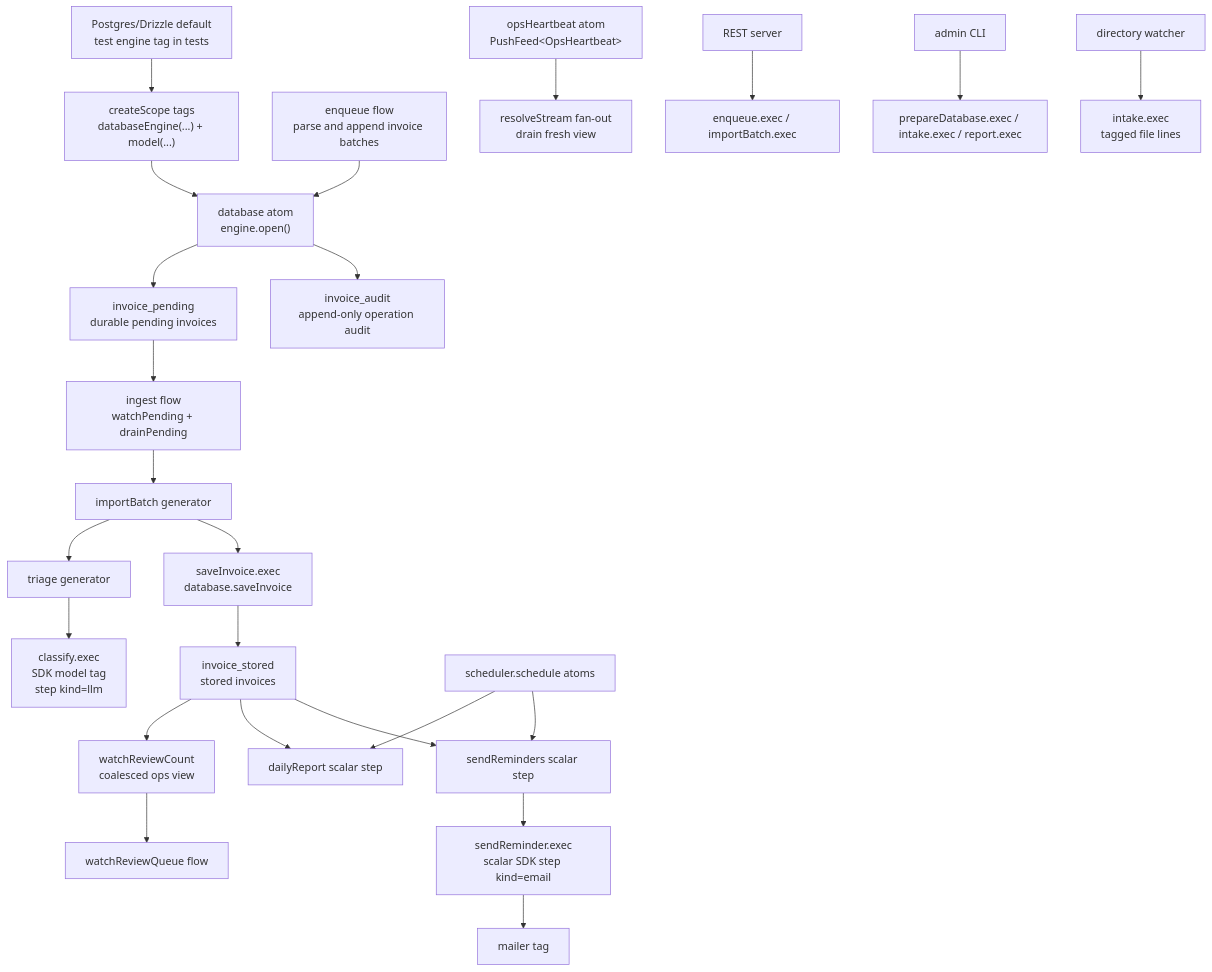
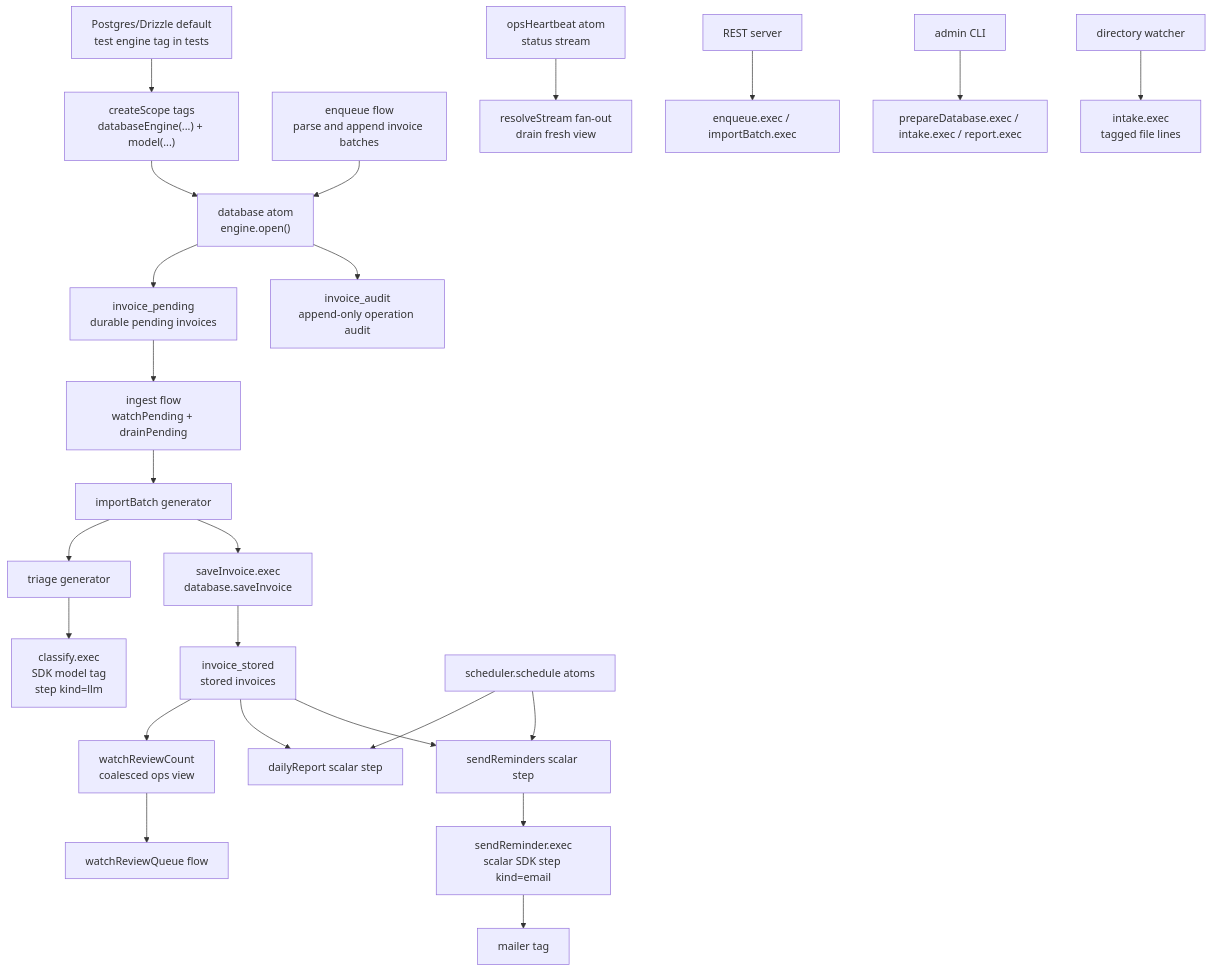
One commit to pumped-fn/pumped-fn changed the diagram in examples/invoice-triage/README.md. Above: the diagram before and after it, drawn with Mermaid. The commit also changed other lines of this file and 30 other files, not shown here.

````diff
--- a/examples/invoice-triage/README.md
+++ b/examples/invoice-triage/README.md
@@ -21,26 +21,26 @@
 ```mermaid
 flowchart TD
   Root["createScope tags<br/>databaseEngine(...) + model(...)"] --> Database["database atom<br/>engine.open()"]
   Engine["Postgres/Drizzle default<br/>test engine tag in tests"] --> Root
   Producer["enqueue flow<br/>parse and append invoice batches"] --> Database
   Database --> Pending["invoice_pending<br/>durable pending invoices"]
   Pending --> Ingest["ingest flow<br/>watchPending + drainPending"]
   Ingest --> Import["importBatch generator"]
   Import --> Triage["triage generator"]
   Triage --> Classify["classify.exec<br/>SDK model tag<br/>step kind=llm"]
   Import --> Save["saveInvoice.exec<br/>database.saveInvoice"]
   Save --> Stored["invoice_stored<br/>stored invoices"]
   Database --> Audit["invoice_audit<br/>append-only operation audit"]
   Stored --> Review["watchReviewCount<br/>coalesced ops view"]
   Review --> Ops["watchReviewQueue flow"]
-  Heartbeat["opsHeartbeat atom<br/>PushFeed&lt;OpsHeartbeat&gt;"] --> Views["resolveStream fan-out<br/>drain fresh view"]
+  Heartbeat["opsHeartbeat atom<br/>status stream"] --> Views["resolveStream fan-out<br/>drain fresh view"]
   Scheduler["scheduler.schedule atoms"] --> Report["dailyReport scalar step"]
   Scheduler --> Reminders["sendReminders scalar step"]
   Reminders --> SendOne["sendReminder.exec<br/>scalar SDK step kind=email"]
   SendOne --> Mailer["mailer tag"]
   Rest["REST server"] --> Enqueue["enqueue.exec / importBatch.exec"]
   Cli["admin CLI"] --> Commands["prepareDatabase.exec / intake.exec / report.exec"]
   Watcher["directory watcher"] --> Intake["intake.exec<br/>tagged file lines"]
   Stored --> Report
   Stored --> Reminders
 ```
````
